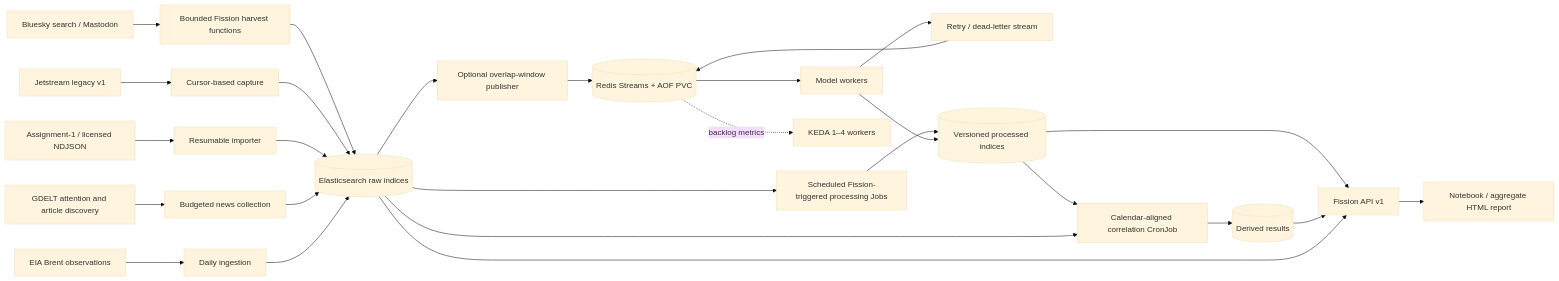
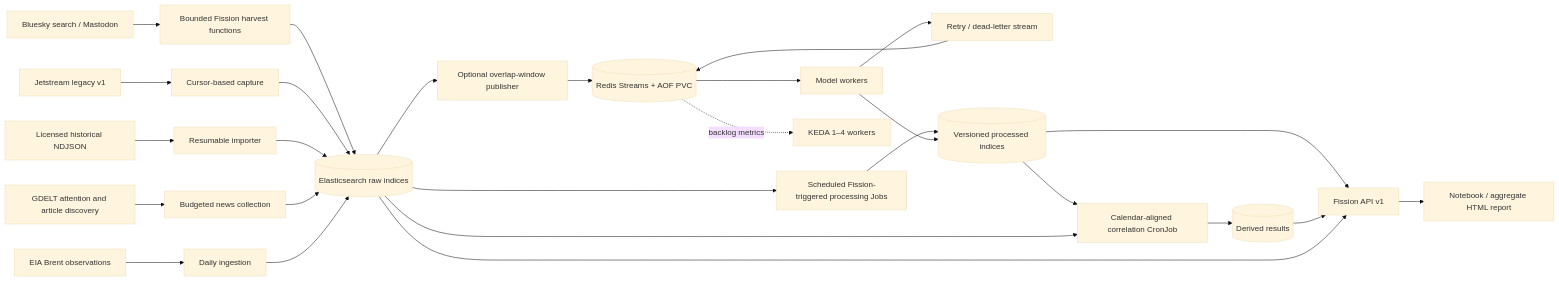
One commit to renfei421/TransitPulse changed the diagram in docs/ARCHITECTURE.md. Above: the diagram before and after it, drawn with Mermaid (base theme). The commit also changed 26 other files, not shown here.

```diff
--- a/docs/ARCHITECTURE.md
+++ b/docs/ARCHITECTURE.md
@@ -8,29 +8,29 @@
 ~~~mermaid
 flowchart LR
   A[Bluesky search / Mastodon] --> H[Bounded Fission harvest functions]
   J[Jetstream legacy v1] --> L[Cursor-based capture]
-  F[Assignment-1 / licensed NDJSON] --> I[Resumable importer]
+  F[Licensed historical NDJSON] --> I[Resumable importer]
   G[GDELT attention and article discovery] --> N[Budgeted news collection]
   E[EIA Brent observations] --> B[Daily ingestion]
   H --> R[(Elasticsearch raw indices)]
   L --> R
   I --> R
   N --> R
   B --> R
   R --> S[Scheduled Fission-triggered processing Jobs]
   R --> P[Optional overlap-window publisher]
   P --> Q[(Redis Streams + AOF PVC)]
   Q --> W[Model workers]
   W --> D[Retry / dead-letter stream]
   D --> Q
   S --> O[(Versioned processed indices)]
   W --> O
   O --> C[Calendar-aligned correlation CronJob]
   R --> C
   C --> X[(Derived results)]
   O --> API[Fission API v1]
   X --> API
   R --> API
   API --> V[Notebook / aggregate HTML report]
   Q -. backlog metrics .-> K[KEDA 1–4 workers]
 ~~~
```
